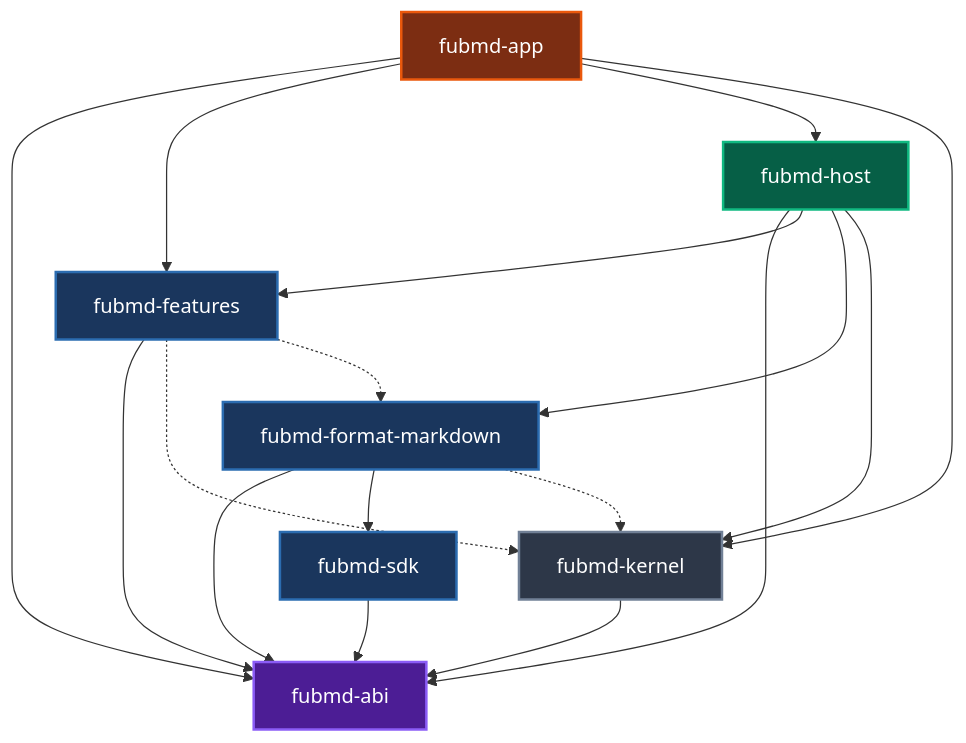
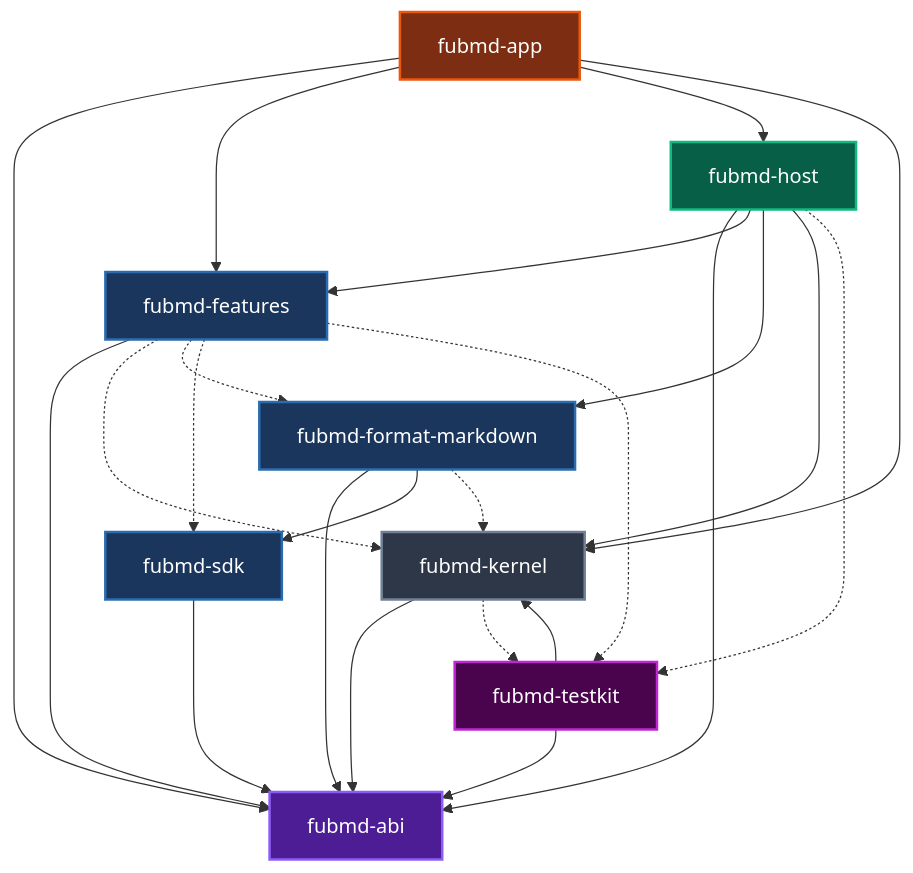
Before and after one commit to Fubeo/Fub: the second of 3 diagrams in docs/architecture/mappa-visuale.md, drawn with Mermaid. The commit also changed other lines of this file and 56 other files, not shown here.

````diff
--- a/docs/architecture/mappa-visuale.md
+++ b/docs/architecture/mappa-visuale.md
@@ -166,40 +167,48 @@
 ```mermaid
 flowchart TD
     %% @grafo-dipendenze
     %% Questo blocco è letto e confrontato con `cargo metadata` da
     %% crates/fubmd-abi/tests/dependency_invariant.rs. Il dialetto ammesso è
     %% ristretto apposta: dichiarazioni `id["nome-crate"]:::classe`, archi
     %% `a --> b` (dipendenza normale) e `a -.-> b` (solo dev). Una riga fuori
     %% dialetto fa fallire il test invece di essere ignorata in silenzio.
     classDef contract fill:#4c1d95,stroke:#8b5cf6,stroke-width:2px,color:#fff
     classDef core     fill:#2d3748,stroke:#718096,stroke-width:2px,color:#fff
     classDef provider fill:#1a365d,stroke:#2b6cb0,stroke-width:2px,color:#fff
     classDef mount    fill:#065f46,stroke:#10b981,stroke-width:2px,color:#fff
     classDef glue     fill:#7c2d12,stroke:#ea580c,stroke-width:2px,color:#fff
+    classDef banco    fill:#4a044e,stroke:#c026d3,stroke-width:2px,color:#fff
 
     app["fubmd-app"]:::glue
     host["fubmd-host"]:::mount
     features["fubmd-features"]:::provider
     markdown["fubmd-format-markdown"]:::provider
     sdk["fubmd-sdk"]:::provider
+    testkit["fubmd-testkit"]:::banco
     kernel["fubmd-kernel"]:::core
     abi["fubmd-abi"]:::contract
 
     app --> abi
     app --> features
     app --> host
     app --> kernel
     host --> abi
     host --> features
     host --> markdown
     host --> kernel
     features --> abi
     markdown --> abi
     markdown --> sdk
     kernel --> abi
     sdk --> abi
+    testkit --> abi
+    testkit --> kernel
 
     features -.-> kernel
     features -.-> markdown
+    features -.-> sdk
+    features -.-> testkit
     markdown -.-> kernel
+    kernel -.-> testkit
+    host -.-> testkit
 ```
````
